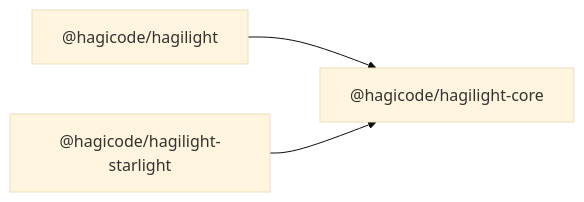
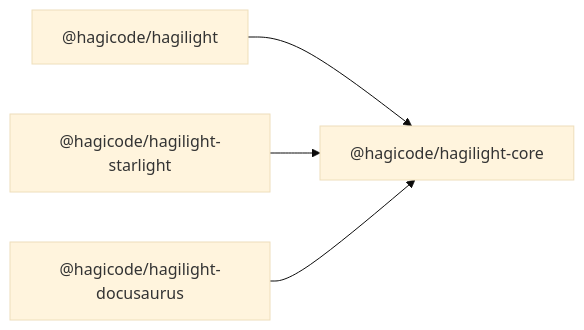
The diagram in README.md (HagiCode-org/hagilight), drawn with Mermaid (base theme) before and after one commit. The commit also changed other lines of this file and 2 other files, not shown here.

First line of the commit message:
docs: document Docusaurus package and four-package release

````diff
--- a/README.md
+++ b/README.md
@@ -23,5 +25,6 @@
 ```mermaid
 flowchart LR
   A["@hagicode/hagilight"] --> C["@hagicode/hagilight-core"]
   S["@hagicode/hagilight-starlight"] --> C
+  D["@hagicode/hagilight-docusaurus"] --> C
 ```
````
